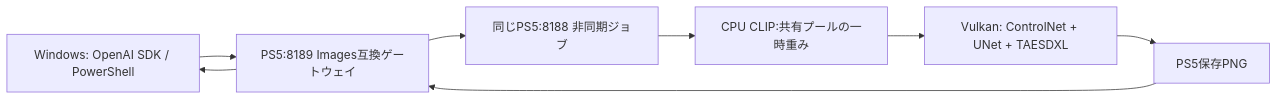
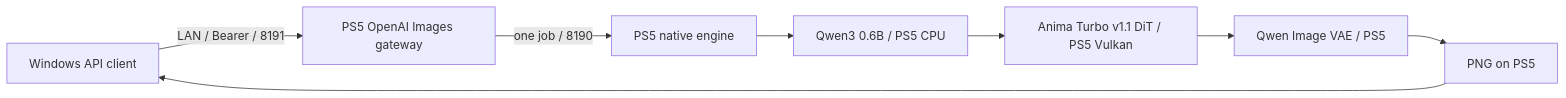
The diagram in README.md (akiba-tokyo-jp/PS5-AI-MOSS-Image), drawn with Mermaid before and after one commit. The commit also changed other lines of this file and 53 other files, not shown here.

Commit message:
Add Anima Turbo native engine and isolated Images API

````diff
--- a/README.md
+++ b/README.md
@@ -35,10 +11,10 @@
 ```mermaid
 flowchart LR
-  W[Windows: OpenAI SDK / PowerShell] --> G[PS5:8189 Images互換ゲートウェイ]
-  G --> A[同じPS5:8188 非同期ジョブ]
-  A --> C[CPU CLIP:共有プールの一時重み]
-  C --> V[Vulkan: ControlNet + UNet + TAESDXL]
-  V --> P[PS5保存PNG]
-  P --> G
-  G --> W
+    PC[Windows API client] -->|LAN / Bearer / 8191| GW[PS5 OpenAI Images gateway]
+    GW -->|one job / 8190| API[PS5 native engine]
+    API --> TE[Qwen3 0.6B / PS5 CPU]
+    TE --> DIT[Anima Turbo v1.1 DiT / PS5 Vulkan]
+    DIT --> VAE[Qwen Image VAE / PS5]
+    VAE --> PNG[PNG on PS5]
+    PNG --> PC
 ```
````
